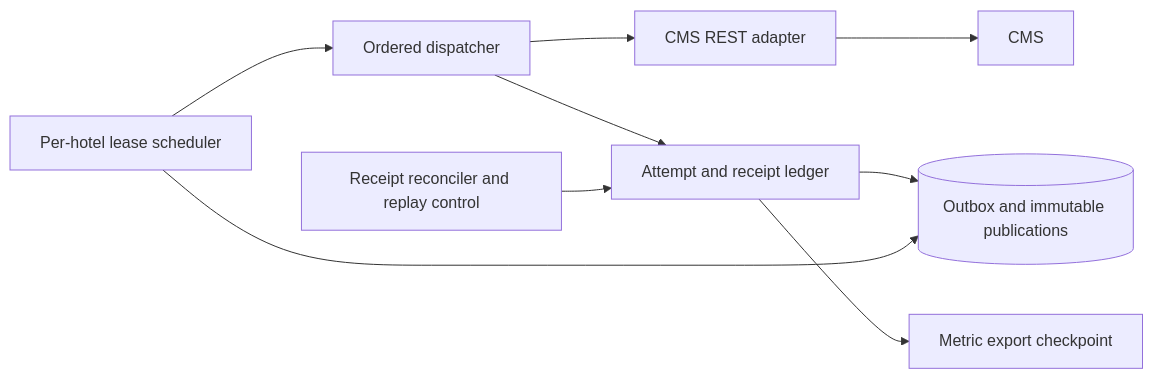
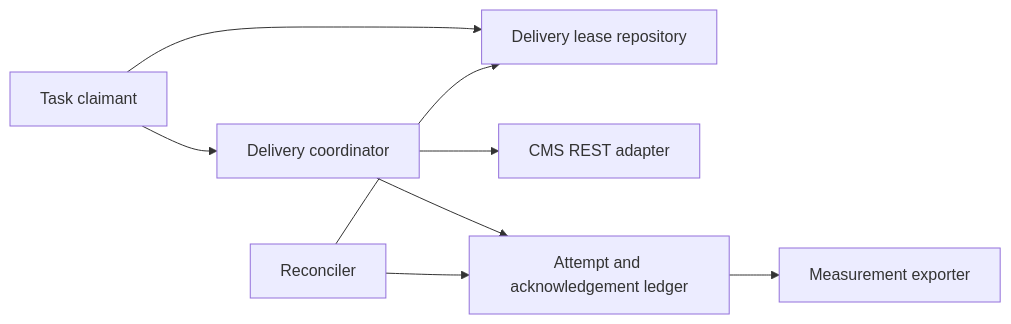
Before and after one commit to yoona96/ADD_Codex: the fifth of 13 diagrams in HPS/design/architecture.md, drawn with Mermaid. The commit also changed other lines of this file and 13 other files, not shown here.

````diff
--- a/HPS/design/architecture.md
+++ b/HPS/design/architecture.md
@@ -244,11 +197,10 @@
 ```mermaid
 flowchart LR
-    Lease[Per-hotel lease scheduler] --> Dispatcher[Ordered dispatcher]
-    Dispatcher --> Adapter[CMS REST adapter]
-    Adapter --> CMS[CMS]
-    Dispatcher --> Ledger[Attempt and receipt ledger]
-    Reconcile[Receipt reconciler and replay control] --> Ledger
-    Ledger --> DB[(Outbox and immutable publications)]
-    Lease --> DB
-    Ledger --> Export[Metric export checkpoint]
+    Poller[Task claimant] --> Lease[Delivery lease repository]
+    Poller --> Sender[Delivery coordinator]
+    Sender --> Adapter[CMS REST adapter]
+    Sender --> Ledger[Attempt and acknowledgement ledger]
+    Reconcile[Reconciler] --> Ledger
+    Reconcile --> Lease
+    Ledger --> Export[Measurement exporter]
 ```
````
